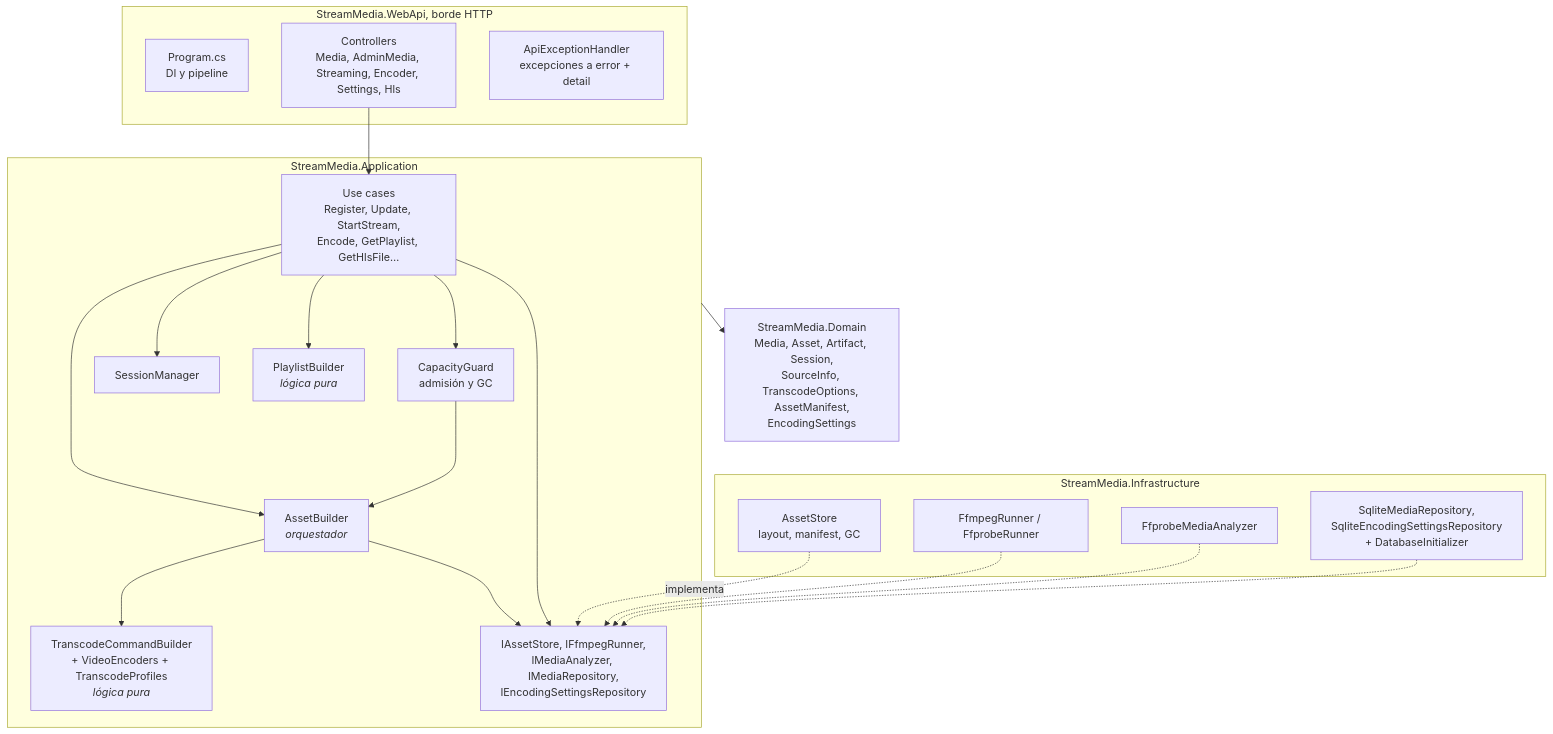
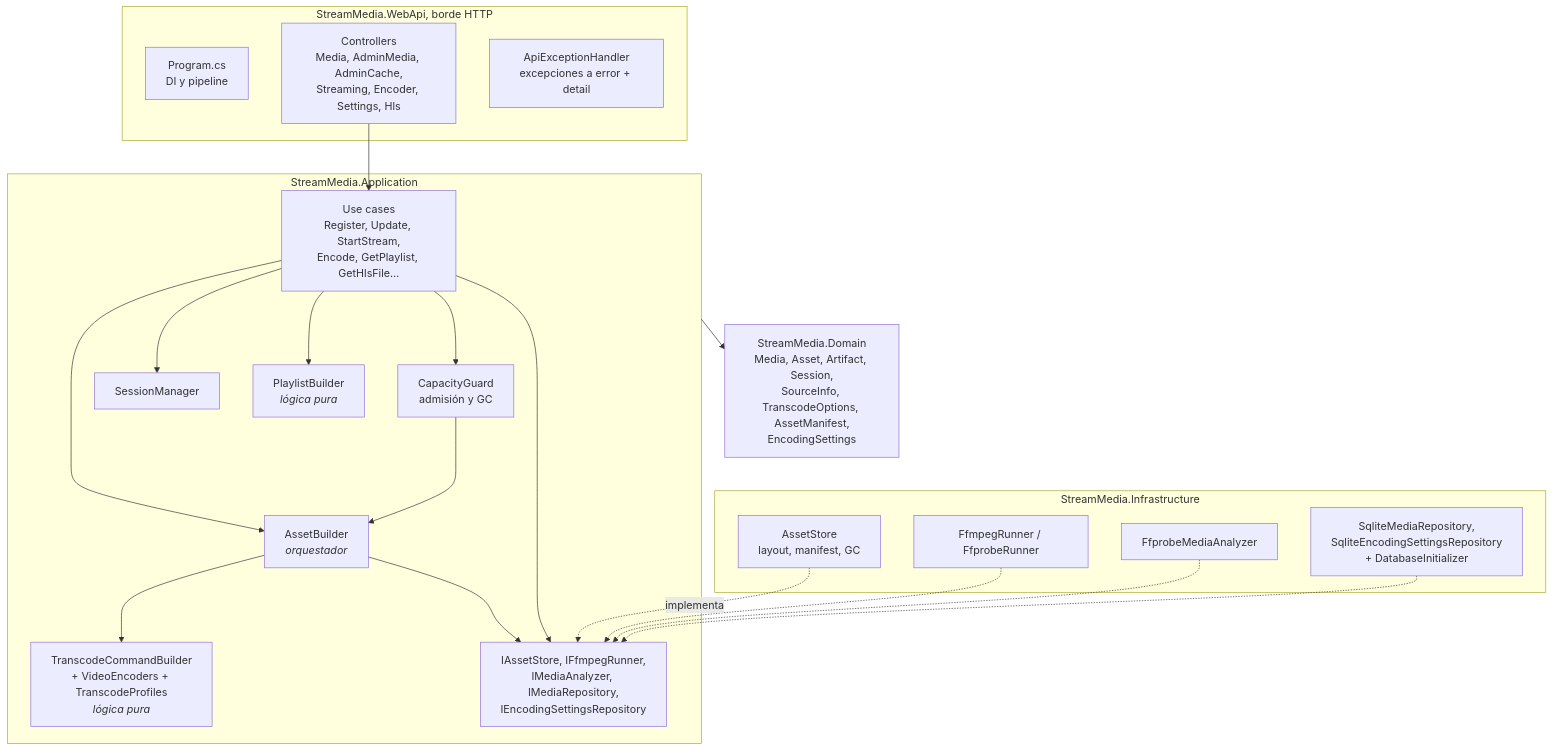
The third of 15 diagrams in system_arquitecture.md (Juan045/home-stream-app), drawn with Mermaid before and after one commit. The commit also changed other lines of this file and 11 other files, not shown here.

Commit message:
feat: admin cache usage endpoint

````diff
--- a/system_arquitecture.md
+++ b/system_arquitecture.md
@@ -123,42 +123,42 @@
 ```mermaid
 flowchart TB
     subgraph web["StreamMedia.WebApi, borde HTTP"]
         PROG["Program.cs<br/>DI y pipeline"]
-        CTRL["Controllers<br/>Media, AdminMedia, Streaming, Encoder, Settings, Hls"]
+        CTRL["Controllers<br/>Media, AdminMedia, AdminCache,<br/>Streaming, Encoder, Settings, Hls"]
         ERR["ApiExceptionHandler<br/>excepciones a error + detail"]
     end
 
     subgraph app["StreamMedia.Application"]
         UC["Use cases<br/>Register, Update, StartStream,<br/>Encode, GetPlaylist, GetHlsFile…"]
         BUILDER["AssetBuilder<br/><i>orquestador</i>"]
         GUARD["CapacityGuard<br/>admisión y GC"]
         SESS["SessionManager"]
         PLAY["PlaylistBuilder<br/><i>lógica pura</i>"]
         CMD["TranscodeCommandBuilder<br/>+ VideoEncoders + TranscodeProfiles<br/><i>lógica pura</i>"]
         IFACES["IAssetStore, IFfmpegRunner,<br/>IMediaAnalyzer, IMediaRepository,<br/>IEncodingSettingsRepository"]
     end
 
     subgraph inf["StreamMedia.Infrastructure"]
         STORE["AssetStore<br/>layout, manifest, GC"]
         RUN["FfmpegRunner / FfprobeRunner"]
         ANALYZ["FfprobeMediaAnalyzer"]
         REPO["SqliteMediaRepository,<br/>SqliteEncodingSettingsRepository<br/>+ DatabaseInitializer"]
     end
 
     DOM["StreamMedia.Domain<br/>Media, Asset, Artifact, Session,<br/>SourceInfo, TranscodeOptions, AssetManifest,<br/>EncodingSettings"]
 
     CTRL --> UC
     UC --> BUILDER
     UC --> GUARD
     UC --> SESS
     UC --> PLAY
     GUARD --> BUILDER
     BUILDER --> CMD
     BUILDER --> IFACES
     UC --> IFACES
     STORE -.->|"implementa"| IFACES
     RUN -.-> IFACES
     ANALYZ -.-> IFACES
     REPO -.-> IFACES
     app --> DOM
 ```
````
